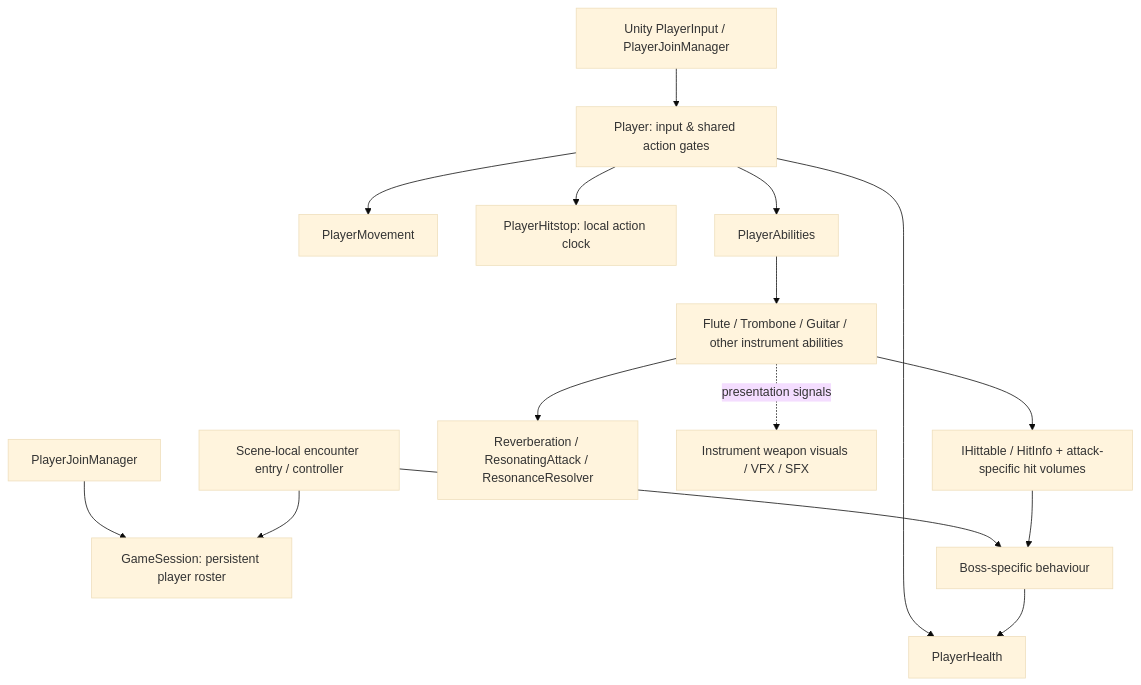
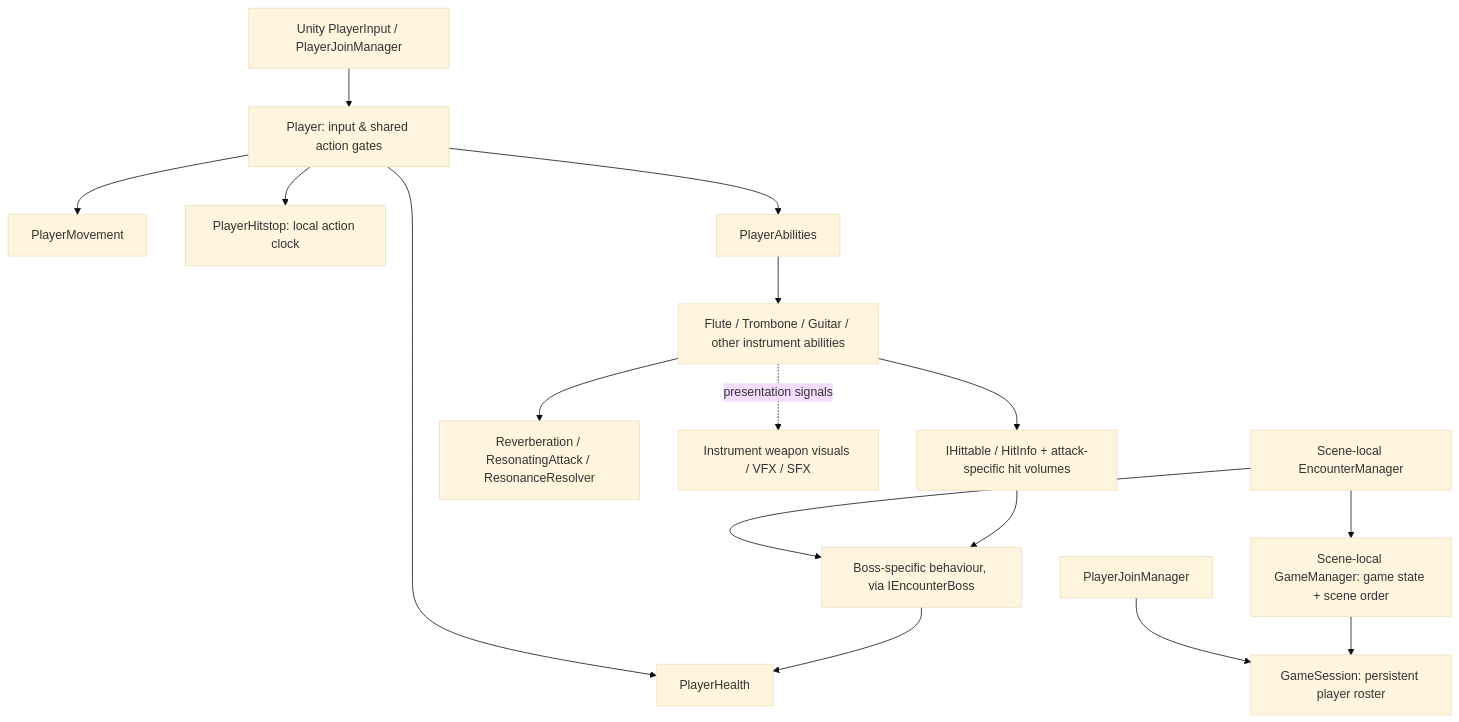
The diagram in docs/agents/ARCHITECTURE.md (ryan-tzw/Game50033), drawn with Mermaid (base theme) before and after one commit. The commit also changed other lines of this file and 34 other files, not shown here.

First line of the commit message:
Add scene-local GameManager, EncounterManager and Discordance meter

````diff
--- a/docs/agents/ARCHITECTURE.md
+++ b/docs/agents/ARCHITECTURE.md
@@ -21,17 +21,18 @@
 ```mermaid
 flowchart TB
     Inputs[Unity PlayerInput / PlayerJoinManager] --> Player[Player: input & shared action gates]
     Join[PlayerJoinManager] --> Session[GameSession: persistent player roster]
     Player --> Move[PlayerMovement]
     Player --> Health[PlayerHealth]
     Player --> Hitstop[PlayerHitstop: local action clock]
     Player --> Abilities[PlayerAbilities]
     Abilities --> Specific[Flute / Trombone / Guitar / other instrument abilities]
     Specific --> Hits[IHittable / HitInfo + attack-specific hit volumes]
     Specific --> Resonance[Reverberation / ResonatingAttack / ResonanceResolver]
     Specific -. presentation signals .-> Visuals[Instrument weapon visuals / VFX / SFX]
-    Entry[Scene-local encounter entry / controller] --> Session
-    Entry --> Boss[Boss-specific behaviour]
+    GM[Scene-local GameManager: game state + scene order] --> Session
+    Entry[Scene-local EncounterManager] --> GM
+    Entry --> Boss[Boss-specific behaviour, via IEncounterBoss]
     Boss --> Health
     Hits --> Boss
 ```
````
